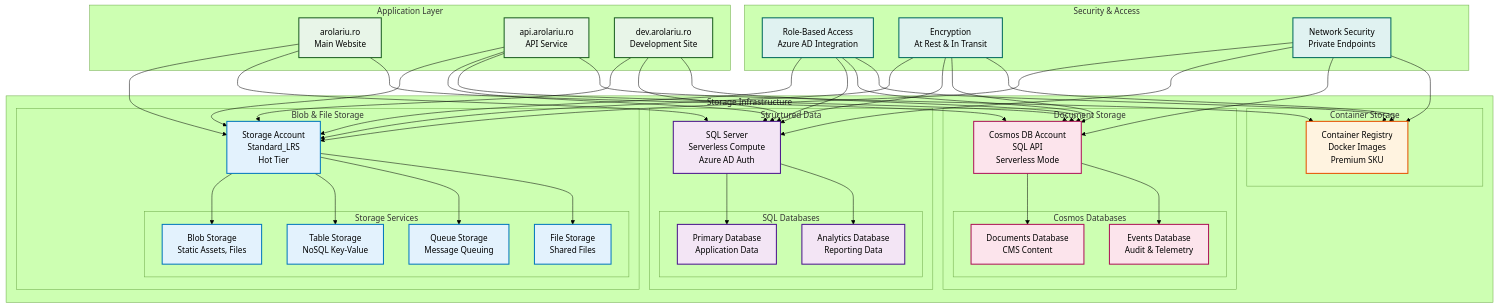
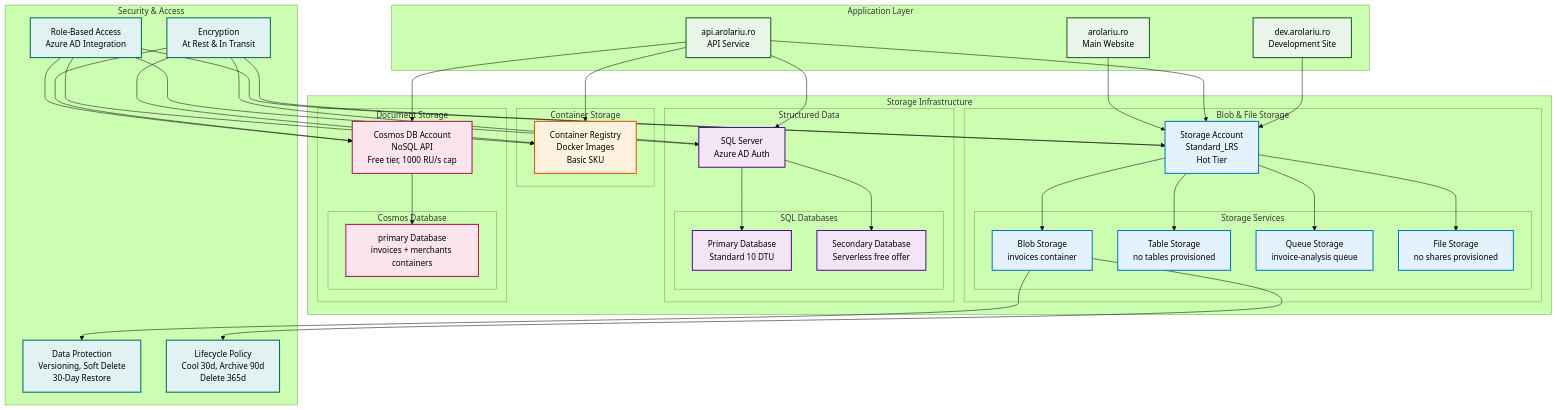
The diagram in infra/Azure/Bicep/storage/README.md (arolariu/arolariu.ro), drawn with Mermaid (forest theme) before and after one commit. The commit also changed other lines of this file and 3 other files, not shown here.

First line of the commit message:
docs(bicep): correct the storage, network, monitoring and AI guides

````diff
--- a/infra/Azure/Bicep/storage/README.md
+++ b/infra/Azure/Bicep/storage/README.md
@@ -192,32 +59,31 @@
             SA[Storage Account<br/>Standard_LRS<br/>Hot Tier]
 
             subgraph "Storage Services"
-                BLOB[Blob Storage<br/>Static Assets, Files]
-                TABLE[Table Storage<br/>NoSQL Key-Value]
-                QUEUE[Queue Storage<br/>Message Queuing]
-                FILE[File Storage<br/>Shared Files]
+                BLOB[Blob Storage<br/>invoices container]
+                TABLE[Table Storage<br/>no tables provisioned]
+                QUEUE[Queue Storage<br/>invoice-analysis queue]
+                FILE[File Storage<br/>no shares provisioned]
             end
         end
 
         subgraph "Container Storage"
-            ACR[Container Registry<br/>Docker Images<br/>Premium SKU]
+            ACR[Container Registry<br/>Docker Images<br/>Basic SKU]
         end
 
         subgraph "Structured Data"
-            SQL_SERVER[SQL Server<br/>Serverless Compute<br/>Azure AD Auth]
+            SQL_SERVER[SQL Server<br/>Azure AD Auth]
 
             subgraph "SQL Databases"
-                DB_MAIN[Primary Database<br/>Application Data]
-                DB_ANALYTICS[Analytics Database<br/>Reporting Data]
+                DB_MAIN[Primary Database<br/>Standard 10 DTU]
+                DB_SECONDARY[Secondary Database<br/>Serverless free offer]
             end
         end
 
         subgraph "Document Storage"
-            COSMOS_ACCOUNT[Cosmos DB Account<br/>SQL API<br/>Serverless Mode]
+            COSMOS_ACCOUNT[Cosmos DB Account<br/>NoSQL API<br/>Free tier, 1000 RU/s cap]
 
-            subgraph "Cosmos Databases"
-                DB_DOCUMENTS[Documents Database<br/>CMS Content]
-                DB_EVENTS[Events Database<br/>Audit & Telemetry]
+            subgraph "Cosmos Database"
+                DB_PRIMARY[primary Database<br/>invoices + merchants containers]
             end
         end
     end
@@ -225,12 +91,11 @@
     subgraph "Security & Access"
         RBAC[Role-Based Access<br/>Azure AD Integration]
         ENCRYPTION[Encryption<br/>At Rest & In Transit]
-        NETWORK[Network Security<br/>Private Endpoints]
+        RETENTION[Data Protection<br/>Versioning, Soft Delete<br/>30-Day Restore]
+        LIFECYCLE[Lifecycle Policy<br/>Cool 30d, Archive 90d<br/>Delete 365d]
     end
 
     WEB_MAIN --> SA
-    WEB_MAIN --> SQL_SERVER
-    WEB_MAIN --> COSMOS_ACCOUNT
 
     WEB_API --> SA
     WEB_API --> SQL_SERVER
@@ -238,8 +103,6 @@
     WEB_API --> ACR
 
     WEB_DEV --> SA
-    WEB_DEV --> SQL_SERVER
-    WEB_DEV --> COSMOS_ACCOUNT
 
     SA --> BLOB
     SA --> TABLE
@@ -247,10 +110,12 @@
     SA --> FILE
 
     SQL_SERVER --> DB_MAIN
-    SQL_SERVER --> DB_ANALYTICS
+    SQL_SERVER --> DB_SECONDARY
 
-    COSMOS_ACCOUNT --> DB_DOCUMENTS
-    COSMOS_ACCOUNT --> DB_EVENTS
+    COSMOS_ACCOUNT --> DB_PRIMARY
+
+    BLOB --> RETENTION
+    BLOB --> LIFECYCLE
 
     RBAC --> SA
     RBAC --> SQL_SERVER
@@ -262,11 +127,6 @@
     ENCRYPTION --> COSMOS_ACCOUNT
     ENCRYPTION --> ACR
 
-    NETWORK --> SA
-    NETWORK --> SQL_SERVER
-    NETWORK --> COSMOS_ACCOUNT
-    NETWORK --> ACR
-
     classDef app fill:#e8f5e8,stroke:#1b5e20,stroke-width:2px
     classDef storage fill:#e3f2fd,stroke:#0277bd,stroke-width:2px
     classDef container fill:#fff3e0,stroke:#e65100,stroke-width:2px
@@ -277,7 +137,7 @@
     class WEB_MAIN,WEB_API,WEB_DEV app
     class SA,BLOB,TABLE,QUEUE,FILE storage
     class ACR container
-    class SQL_SERVER,DB_MAIN,DB_ANALYTICS sql
-    class COSMOS_ACCOUNT,DB_DOCUMENTS,DB_EVENTS nosql
-    class RBAC,ENCRYPTION,NETWORK security
+    class SQL_SERVER,DB_MAIN,DB_SECONDARY sql
+    class COSMOS_ACCOUNT,DB_PRIMARY nosql
+    class RBAC,ENCRYPTION,RETENTION,LIFECYCLE security
 ```
````
